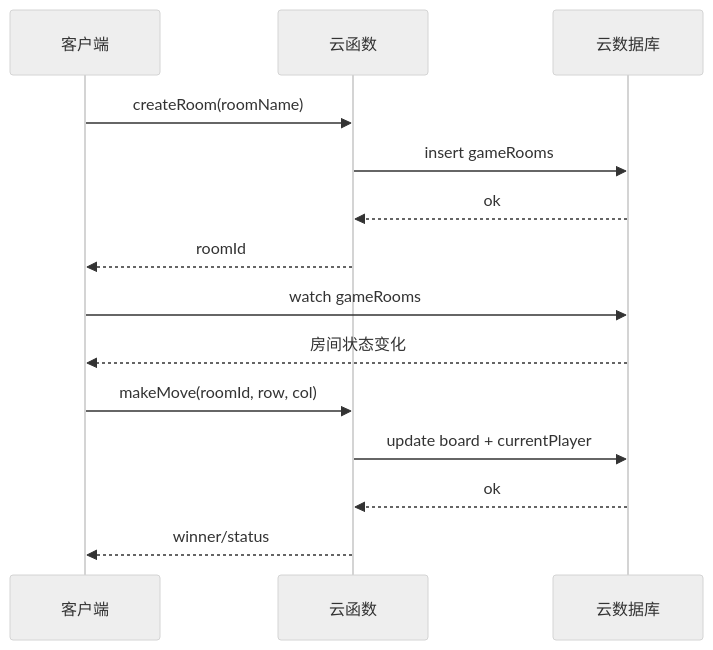
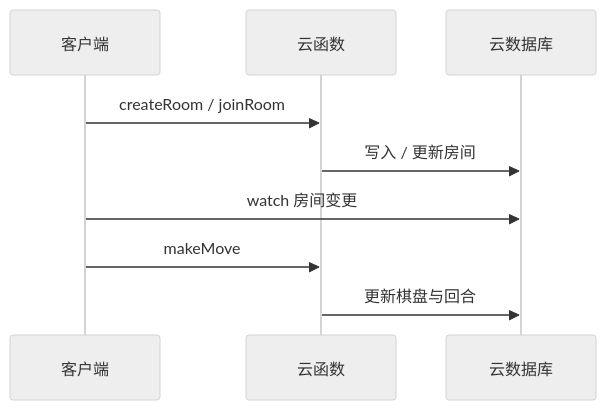
The third of 4 diagrams in .mini-wiki/wiki/architecture.md (duwenbin0316/wx-game-app), drawn with Mermaid (neutral theme) before and after one commit. The commit also changed other lines of this file and 5 other files, not shown here.

````diff
--- a/.mini-wiki/wiki/architecture.md
+++ b/.mini-wiki/wiki/architecture.md
@@ -93,19 +59,12 @@
 ```mermaid
 sequenceDiagram
   participant Client as 客户端
   participant CF as 云函数
   participant DB as 云数据库
 
-  Client->>CF: createRoom(roomName)
-  CF->>DB: insert gameRooms
-  DB-->>CF: ok
-  CF-->>Client: roomId
-
-  Client->>DB: watch gameRooms
-  DB-->>Client: 房间状态变化
-
-  Client->>CF: makeMove(roomId, row, col)
-  CF->>DB: update board + currentPlayer
-  DB-->>CF: ok
-  CF-->>Client: winner/status
+  Client->>CF: createRoom / joinRoom
+  CF->>DB: 写入 / 更新房间
+  Client->>DB: watch 房间变更
+  Client->>CF: makeMove
+  CF->>DB: 更新棋盘与回合
 ```
````
